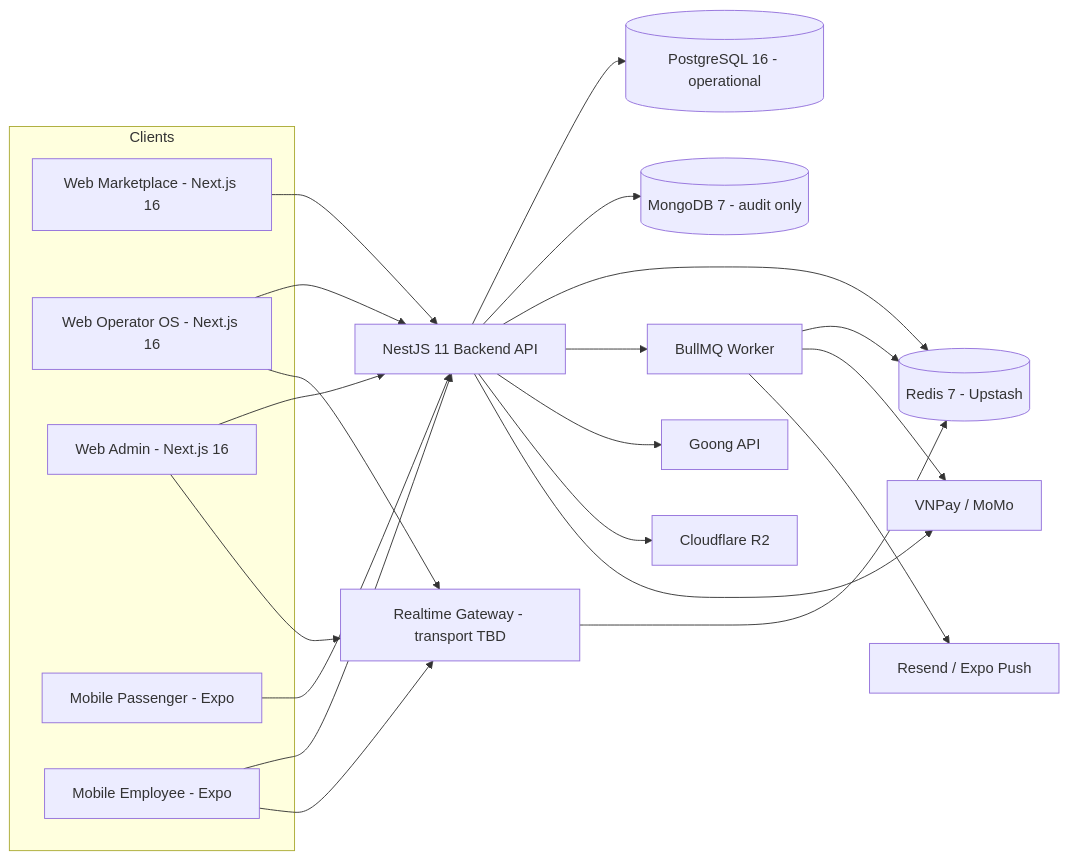
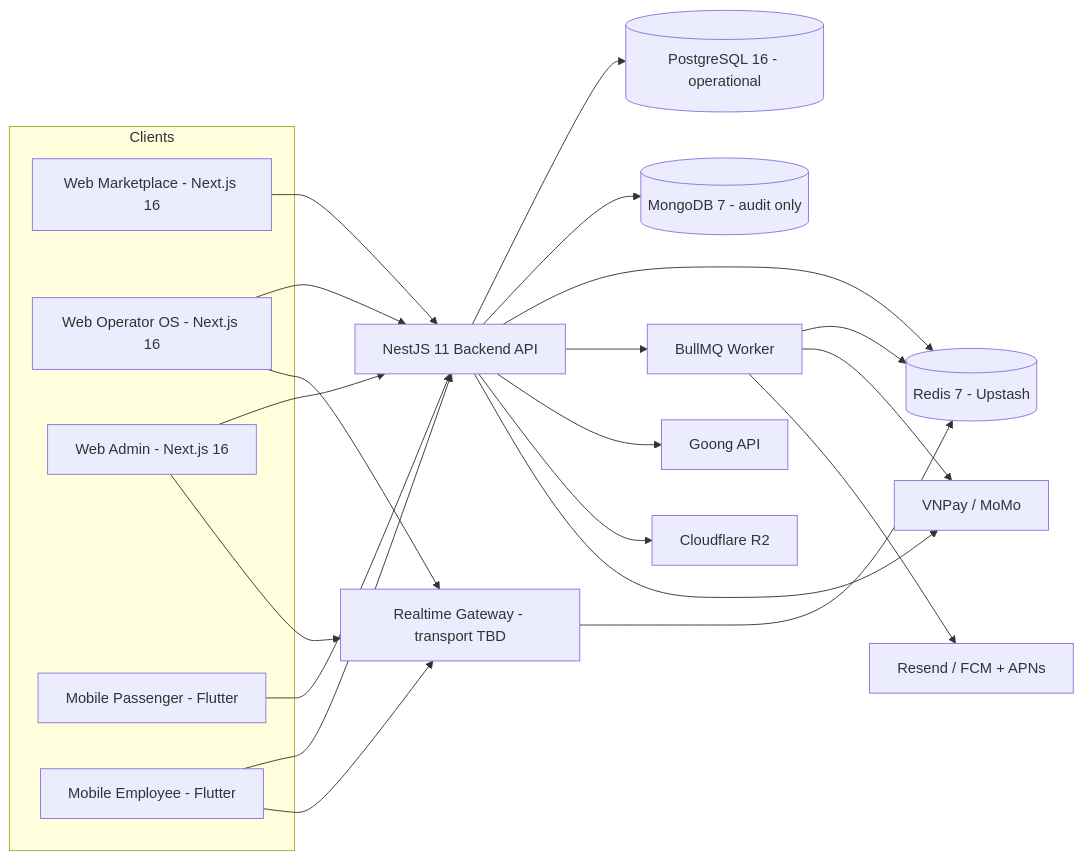
One commit to nhkyn0410/Marketplace-Ve-Xe-Nhanh changed the first of 4 diagrams in doc/SDLC/02-hld-he-thong-dat-ve-xe-khach.md. Above: the diagram before and after it, drawn with Mermaid. The commit also changed other lines of this file and 19 other files, not shown here.

First line of the commit message:
docs(mobile): record ADR-028 Flutter migration

````diff
--- a/doc/SDLC/02-hld-he-thong-dat-ve-xe-khach.md
+++ b/doc/SDLC/02-hld-he-thong-dat-ve-xe-khach.md
@@ -123,44 +123,44 @@
 ```mermaid
 flowchart LR
     subgraph Clients
       Marketplace[Web Marketplace - Next.js 16]
       OperatorOS[Web Operator OS - Next.js 16]
       Admin[Web Admin - Next.js 16]
-      PassengerApp[Mobile Passenger - Expo]
-      EmployeeApp[Mobile Employee - Expo]
+      PassengerApp[Mobile Passenger - Flutter]
+      EmployeeApp[Mobile Employee - Flutter]
     end
 
     Api[NestJS 11 Backend API]
     Realtime[Realtime Gateway - transport TBD]
     Queue[BullMQ Worker]
 
     Postgres[(PostgreSQL 16 - operational)]
     MongoAudit[(MongoDB 7 - audit only)]
     Redis[(Redis 7 - Upstash)]
 
     Routing[Goong API]
     Payment[VNPay / MoMo]
-    Notify[Resend / Expo Push]
+    Notify[Resend / FCM + APNs]
     Storage[Cloudflare R2]
 
     Marketplace --> Api
     OperatorOS --> Api
     Admin --> Api
     PassengerApp --> Api
     EmployeeApp --> Api
     EmployeeApp --> Realtime
     OperatorOS --> Realtime
     Admin --> Realtime
 
     Api --> Postgres
     Api --> MongoAudit
     Api --> Redis
     Api --> Queue
     Queue --> Redis
     Queue --> Payment
     Queue --> Notify
     Api --> Routing
     Api --> Storage
     Api --> Payment
     Realtime --> Redis
 ```
````
